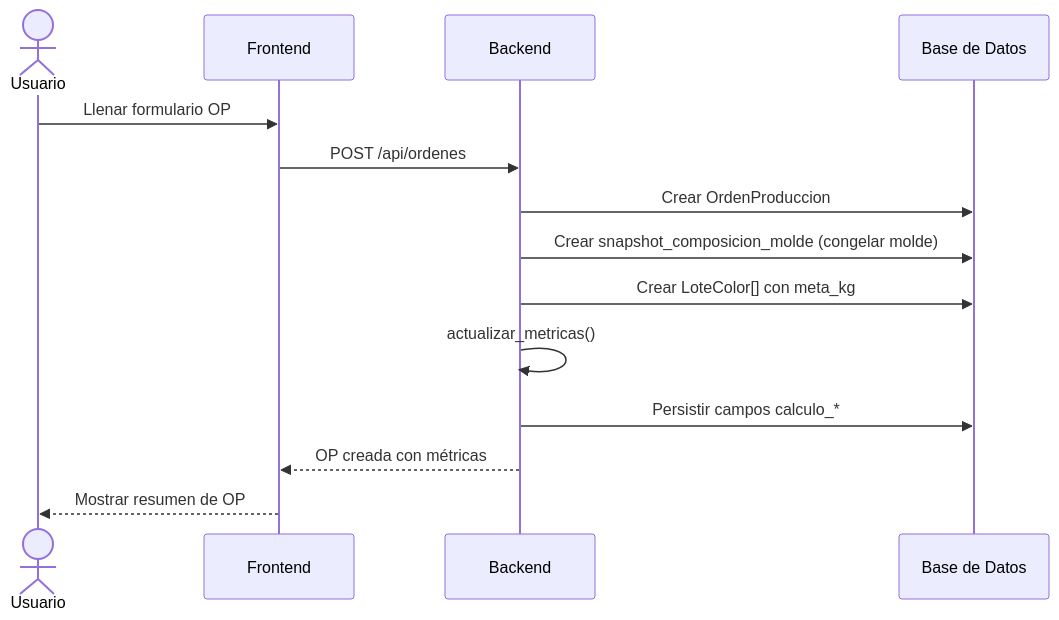
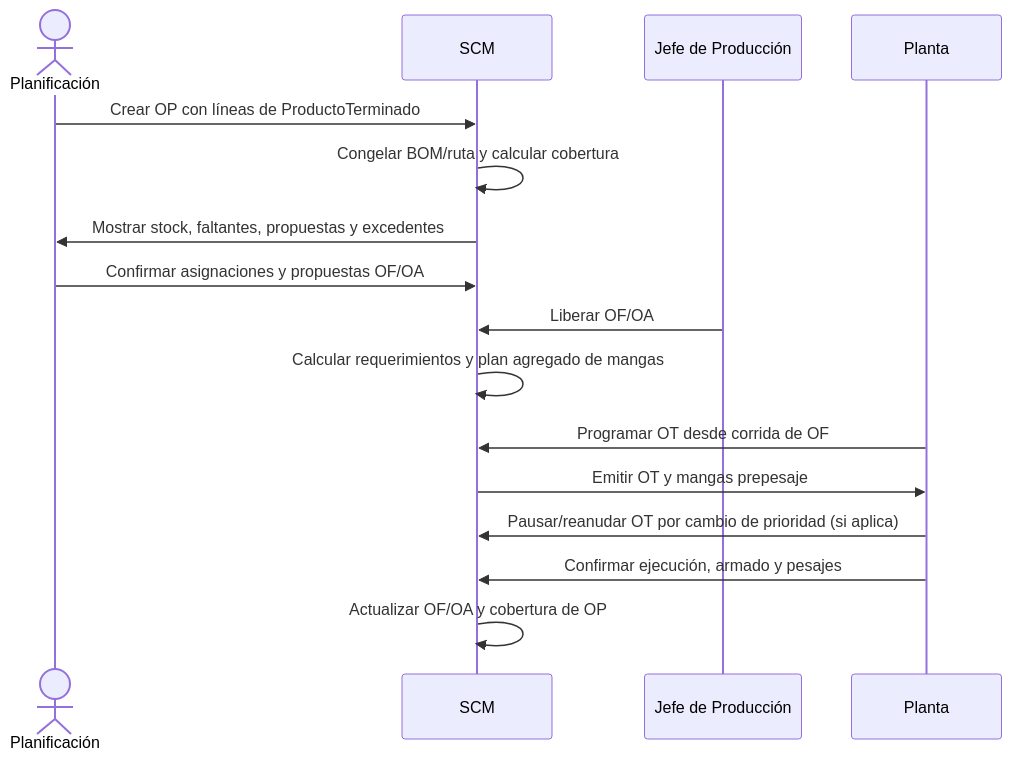
Before and after one commit to estebanSulcaInfante/envaperu-workspace: the diagram in obsidian_vault/10_Flujos_y_Procesos/Flujo_Creacion_Orden.md, drawn with Mermaid. The commit also changed other lines of this file and 233 other files, not shown here.

````diff
--- a/obsidian_vault/10_Flujos_y_Procesos/Flujo_Creacion_Orden.md
+++ b/obsidian_vault/10_Flujos_y_Procesos/Flujo_Creacion_Orden.md
@@ -12,17 +21,19 @@
 ```mermaid
 sequenceDiagram
-    actor U as Usuario
-    participant F as Frontend
-    participant B as Backend
-    participant BD as Base de Datos
+    actor P as Planificación
+    participant S as SCM
+    participant JP as Jefe de Producción
+    participant PL as Planta
 
-    U->>F: Llenar formulario OP
-    F->>B: POST /api/ordenes
-    B->>BD: Crear OrdenProduccion
-    B->>BD: Crear snapshot_composicion_molde (congelar molde)
-    B->>BD: Crear LoteColor[] con meta_kg
-    B->>B: actualizar_metricas()
-    B->>BD: Persistir campos calculo_*
-    B-->>F: OP creada con métricas
-    F-->>U: Mostrar resumen de OP
+    P->>S: Crear OP con líneas de ProductoTerminado
+    S->>S: Congelar BOM/ruta y calcular cobertura
+    S->>P: Mostrar stock, faltantes, propuestas y excedentes
+    P->>S: Confirmar asignaciones y propuestas OF/OA
+    JP->>S: Liberar OF/OA
+    S->>S: Calcular requerimientos y plan agregado de mangas
+    PL->>S: Programar OT desde corrida de OF
+    S->>PL: Emitir OT y mangas prepesaje
+    PL->>S: Pausar/reanudar OT por cambio de prioridad (si aplica)
+    PL->>S: Confirmar ejecución, armado y pesajes
+    S->>S: Actualizar OF/OA y cobertura de OP
 ```
````
